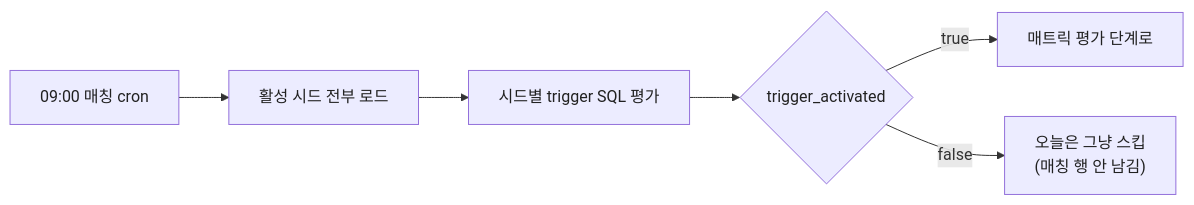
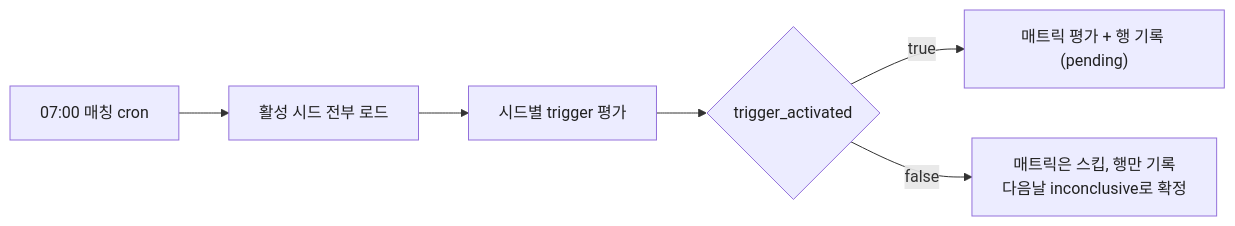
Before and after one commit to hyewon3938/slack-ai-agents: the fourth of 9 diagrams in docs/explainers/insight-v2.md, drawn with Mermaid. The commit also changed other lines of this file and 1 other file, not shown here.

````diff
--- a/docs/explainers/insight-v2.md
+++ b/docs/explainers/insight-v2.md
@@ -223,11 +236,11 @@
 ```mermaid
 flowchart LR
-  A["09:00 매칭 cron"] --> B["활성 시드 전부 로드"]
-  B --> C["시드별 trigger SQL 평가"]
+  A["07:00 매칭 cron"] --> B["활성 시드 전부 로드"]
+  B --> C["시드별 trigger 평가"]
   C --> D{"trigger_activated"}
-  D -->|true| E["매트릭 평가 단계로"]
-  D -->|false| F["오늘은 그냥 스킵<br/>(매칭 행 안 남김)"]
+  D -->|true| E["매트릭 평가 + 행 기록 (pending)"]
+  D -->|false| F["매트릭은 스킵, 행만 기록<br/>다음날 inconclusive로 확정"]
 
   classDef flowBox fill:#ECECFF,stroke:#9370DB,color:#212121
   class A,B,C,D,E,F flowBox
 ```
````
